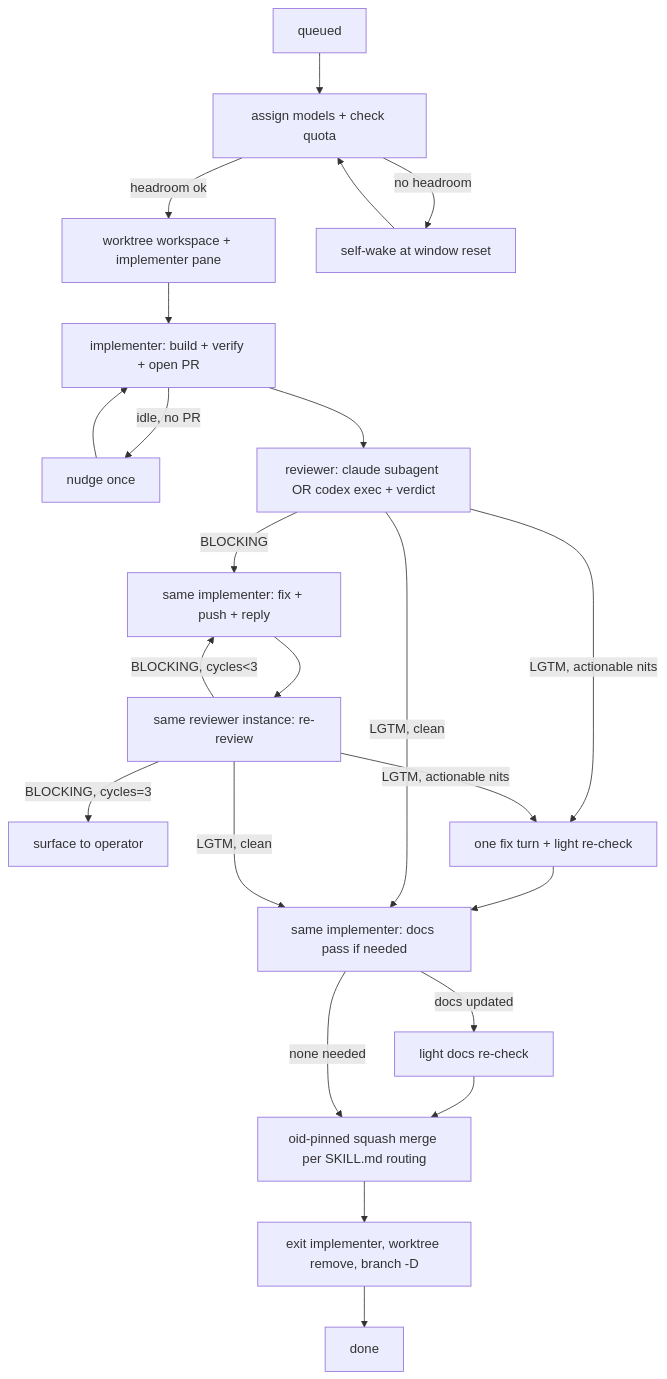
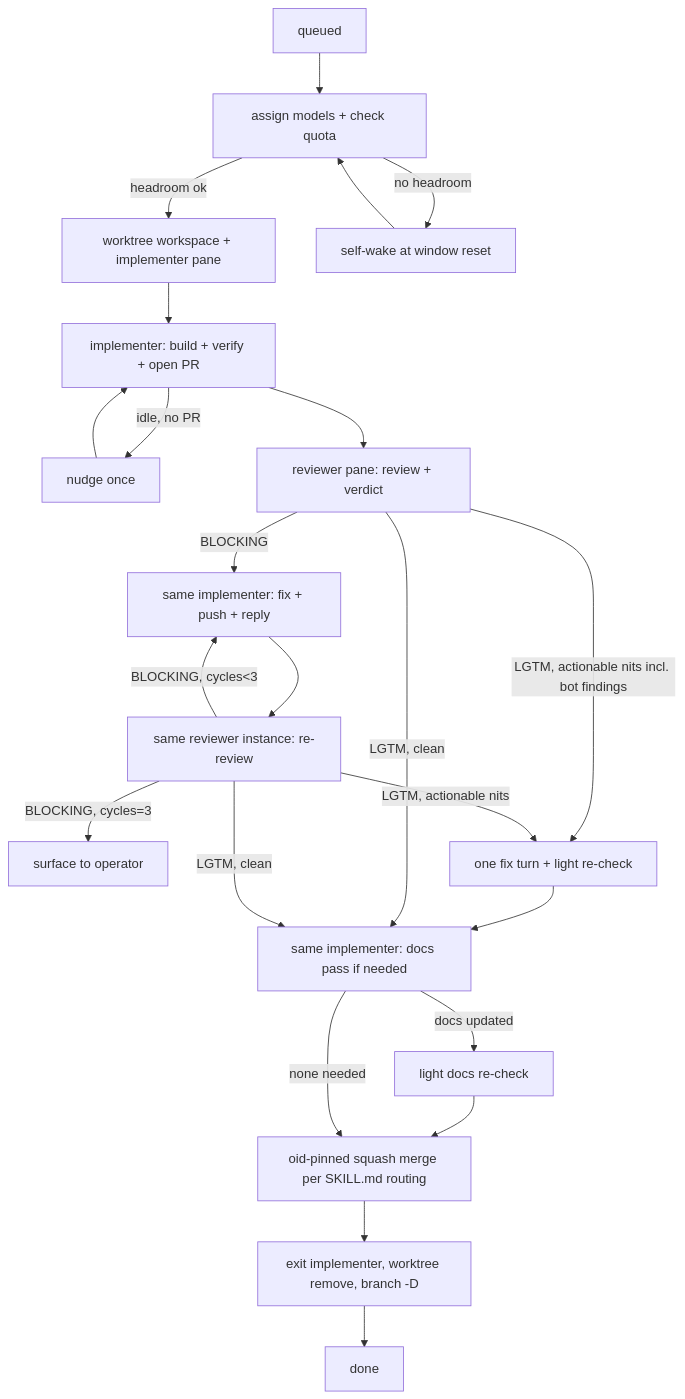
One commit to phntm7/skills changed the diagram in skills/herdr-orchestration/references/lifecycle-and-quota.md. Above: the diagram before and after it, drawn with Mermaid. The commit also changed other lines of this file and 5 other files, not shown here.

First line of the commit message:
fix(herdr-orchestration): yolo mode, side-by-side reviewer panes, bot reviews

````diff
--- a/skills/herdr-orchestration/references/lifecycle-and-quota.md
+++ b/skills/herdr-orchestration/references/lifecycle-and-quota.md
@@ -9,23 +9,23 @@
 ```mermaid
 graph TD
   Q[queued] --> A[assign models + check quota]
   A -->|headroom ok| S[worktree workspace + implementer pane]
   A -->|no headroom| W[self-wake at window reset]
   W --> A
   S --> IMPL[implementer: build + verify + open PR]
   IMPL -->|idle, no PR| NUDGE[nudge once] --> IMPL
-  IMPL --> REV[reviewer: claude subagent OR codex exec + verdict]
+  IMPL --> REV[reviewer pane: review + verdict]
   REV -->|BLOCKING| FIX[same implementer: fix + push + reply]
   FIX --> RER[same reviewer instance: re-review]
   RER -->|BLOCKING, cycles<3| FIX
   RER -->|BLOCKING, cycles=3| ESC[surface to operator]
-  REV -->|LGTM, actionable nits| NITS[one fix turn + light re-check]
+  REV -->|LGTM, actionable nits incl. bot findings| NITS[one fix turn + light re-check]
   RER -->|LGTM, actionable nits| NITS
   NITS --> DOCS
   REV -->|LGTM, clean| DOCS[same implementer: docs pass if needed]
   RER -->|LGTM, clean| DOCS
   DOCS -->|docs updated| DRC[light docs re-check] --> MERGE
   DOCS -->|none needed| MERGE[oid-pinned squash merge per SKILL.md routing]
   MERGE --> TD[exit implementer, worktree remove, branch -D]
   TD --> DONE[done]
 ```
````
